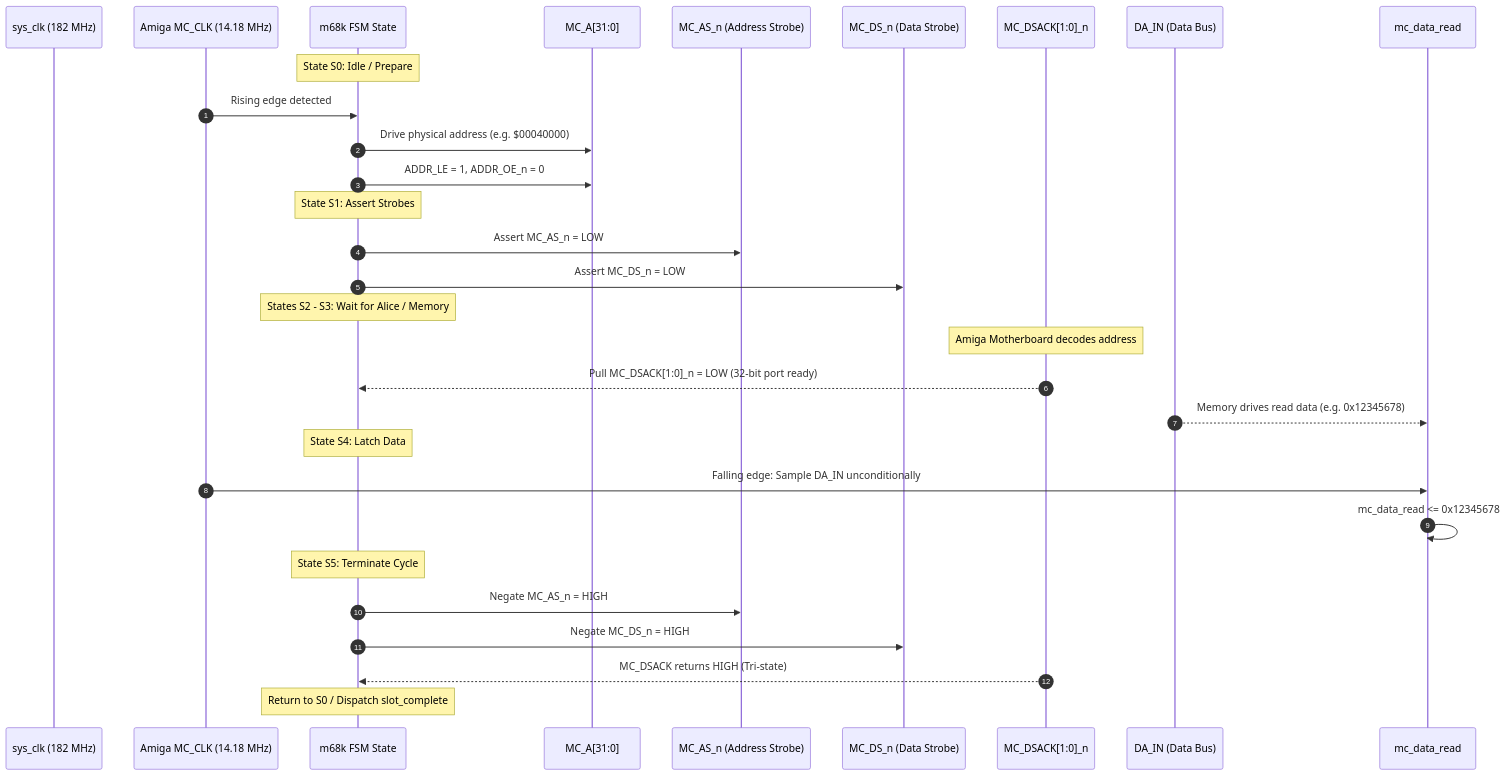
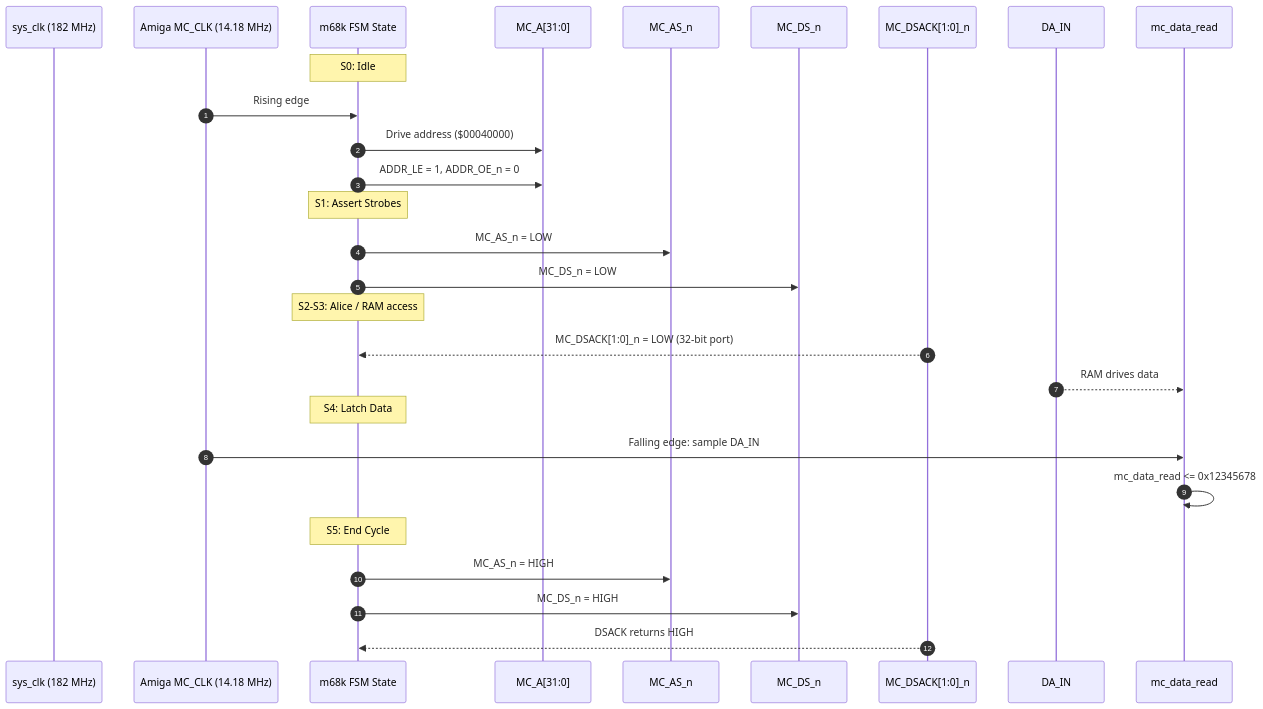
Before and after one commit to PiStorm/pistorm32-lite-gateware: the first of 4 diagrams in DOCS/VERIFICATION_GUIDE.md, drawn with Mermaid. The commit also changed other lines of this file and 10 other files, not shown here.

````diff
--- a/DOCS/VERIFICATION_GUIDE.md
+++ b/DOCS/VERIFICATION_GUIDE.md
@@ -133,37 +84,35 @@
 ```mermaid
 sequenceDiagram
     autonumber
     participant SYS as sys_clk (182 MHz)
     participant CLK as Amiga MC_CLK (14.18 MHz)
     participant FSM as m68k FSM State
     participant ADDR as MC_A[31:0]
-    participant AS as MC_AS_n (Address Strobe)
-    participant DS as MC_DS_n (Data Strobe)
+    participant AS as MC_AS_n
+    participant DS as MC_DS_n
     participant DSACK as MC_DSACK[1:0]_n
-    participant DATA as DA_IN (Data Bus)
+    participant DATA as DA_IN
     participant LATCH as mc_data_read
 
-    Note over FSM: State S0: Idle / Prepare
-    CLK->>FSM: Rising edge detected
-    FSM->>ADDR: Drive physical address (e.g. $00040000)
+    Note over FSM: S0: Idle
+    CLK->>FSM: Rising edge
+    FSM->>ADDR: Drive address ($00040000)
     FSM->>ADDR: ADDR_LE = 1, ADDR_OE_n = 0
     
-    Note over FSM: State S1: Assert Strobes
-    FSM->>AS: Assert MC_AS_n = LOW
-    FSM->>DS: Assert MC_DS_n = LOW
+    Note over FSM: S1: Assert Strobes
+    FSM->>AS: MC_AS_n = LOW
+    FSM->>DS: MC_DS_n = LOW
     
-    Note over FSM: States S2 - S3: Wait for Alice / Memory
-    Note over DSACK: Amiga Motherboard decodes address
-    DSACK-->>FSM: Pull MC_DSACK[1:0]_n = LOW (32-bit port ready)
-    DATA-->>LATCH: Memory drives read data (e.g. 0x12345678)
+    Note over FSM: S2-S3: Alice / RAM access
+    DSACK-->>FSM: MC_DSACK[1:0]_n = LOW (32-bit port)
+    DATA-->>LATCH: RAM drives data
     
-    Note over FSM: State S4: Latch Data
-    CLK->>LATCH: Falling edge: Sample DA_IN unconditionally
+    Note over FSM: S4: Latch Data
+    CLK->>LATCH: Falling edge: sample DA_IN
     LATCH->>LATCH: mc_data_read <= 0x12345678
     
-    Note over FSM: State S5: Terminate Cycle
-    FSM->>AS: Negate MC_AS_n = HIGH
-    FSM->>DS: Negate MC_DS_n = HIGH
-    DSACK-->>FSM: MC_DSACK returns HIGH (Tri-state)
-    Note over FSM: Return to S0 / Dispatch slot_complete
+    Note over FSM: S5: End Cycle
+    FSM->>AS: MC_AS_n = HIGH
+    FSM->>DS: MC_DS_n = HIGH
+    DSACK-->>FSM: DSACK returns HIGH
 ```
````
